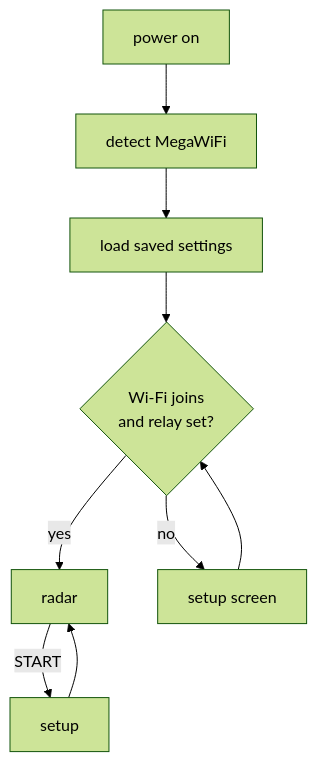
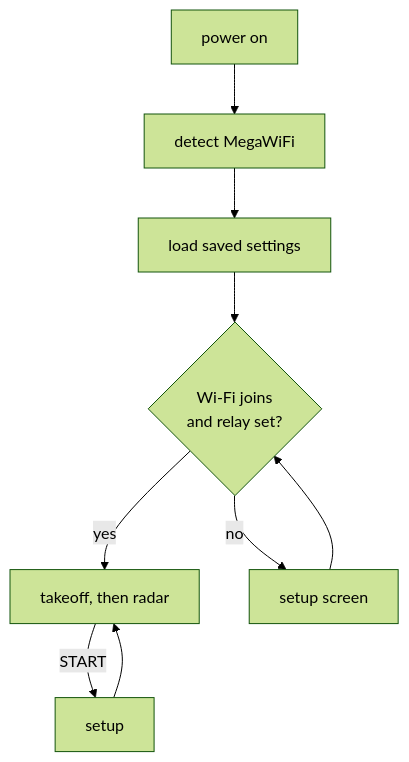
Before and after one commit to jfryman/mega-wifi-radar: the diagram in docs/usage.md, drawn with Mermaid (forest theme). The commit also changed other lines of this file and 34 other files, not shown here.

````diff
--- a/docs/usage.md
+++ b/docs/usage.md
@@ -5,8 +21,8 @@
 ```mermaid
 flowchart TD
   B[power on] --> D[detect MegaWiFi] --> L[load saved settings]
   L --> J{Wi-Fi joins<br/>and relay set?}
-  J -- yes --> R[radar]
+  J -- yes --> R[takeoff, then radar]
   J -- no --> S[setup screen] --> J
   R -- START --> S2[setup] --> R
 ```
````
